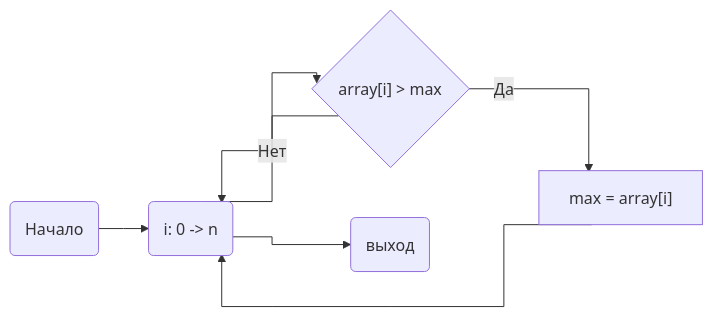
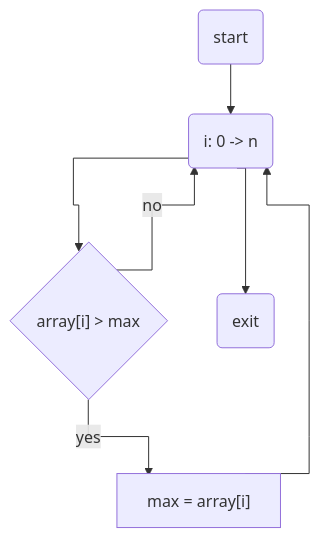
Before and after one commit to ne-bknn/parallel_labs: the diagram in 01_lab/report.md, drawn with Mermaid.

Commit message:
will this uncrop diagram?

````diff
--- a/01_lab/report.md
+++ b/01_lab/report.md
@@ -43,11 +43,12 @@
 ```mermaid
     %%{ init : {"flowchart" : { "curve" : "stepAfter" }}}%%
-    graph LR
-        A(Начало) --> B(i: 0 -> n)
+    %%| fig-width: 7
+    graph TD
+        A(start) --> B(i: 0 -> n)
         
         B --> C{"array[i] > max"}
-        B --> E(выход)
-        C -->|Да| D["max = array[i]"]
+        B --> E(exit)
+        C -->|yes| D["max = array[i]"]
         D --> B
-        C -->|Нет| B
+        C -->|no| B
 ```
````
